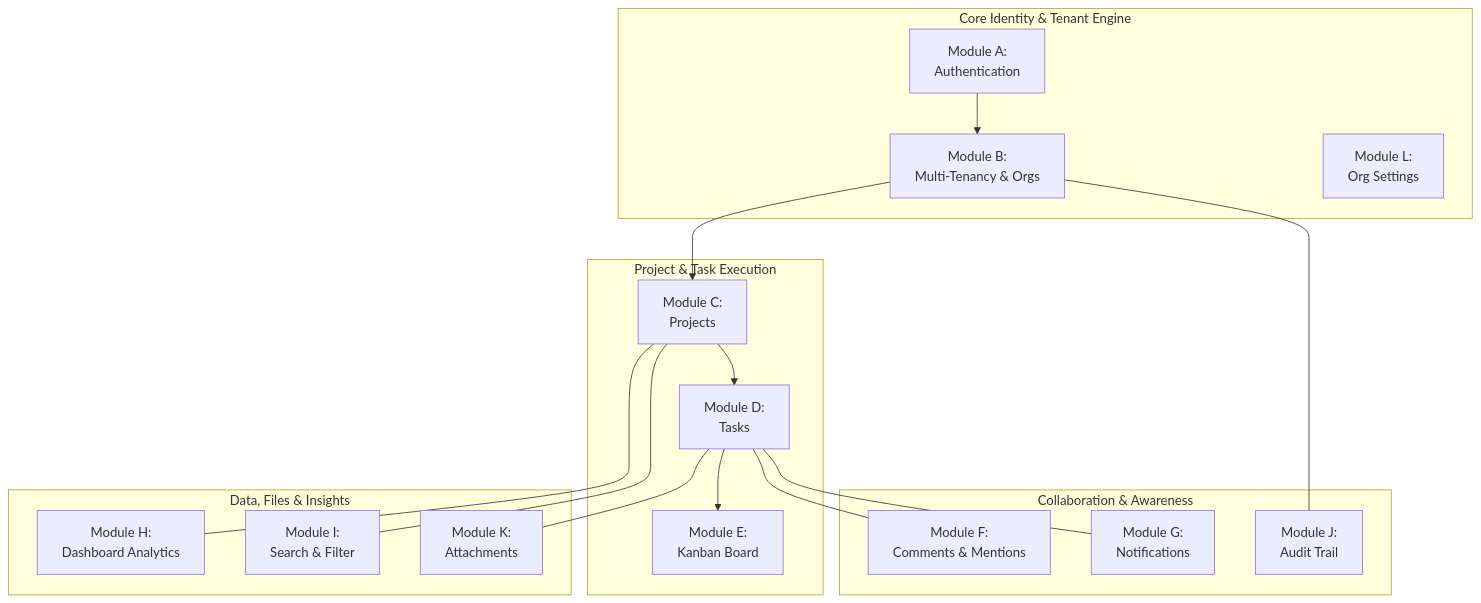
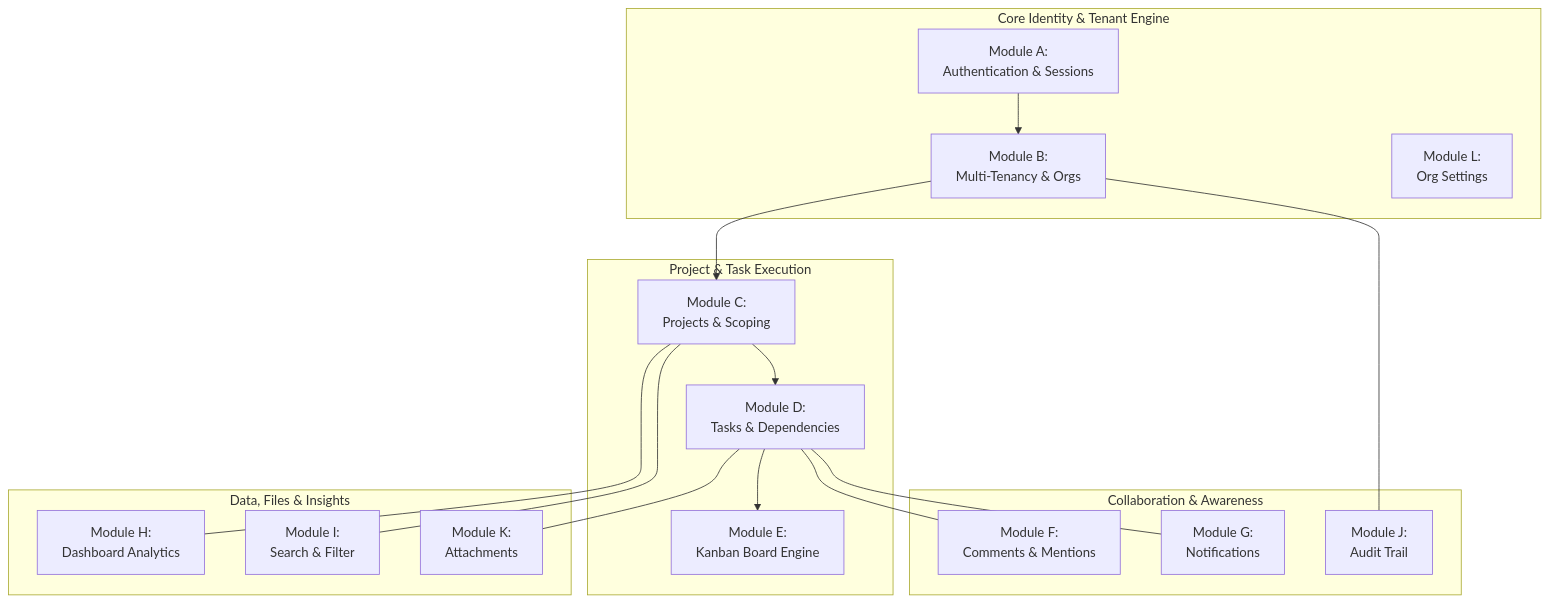
One commit to Y0oLK/teamflow changed the diagram in docs/00-project-overview/requirements.md. Above: the diagram before and after it, drawn with Mermaid. The commit also changed other lines of this file and 5 other files, not shown here.

````diff
--- a/docs/00-project-overview/requirements.md
+++ b/docs/00-project-overview/requirements.md
@@ -33,34 +35,34 @@
 ```mermaid
 flowchart TD
     subgraph CorePlatform ["Core Identity & Tenant Engine"]
-        MA["Module A:\nAuthentication"]
+        MA["Module A:\nAuthentication & Sessions"]
         MB["Module B:\nMulti-Tenancy & Orgs"]
         ML["Module L:\nOrg Settings"]
     end
 
     subgraph ProjectManagement ["Project & Task Execution"]
-        MC["Module C:\nProjects"]
-        MD["Module D:\nTasks"]
-        ME["Module E:\nKanban Board"]
+        MC["Module C:\nProjects & Scoping"]
+        MD["Module D:\nTasks & Dependencies"]
+        ME["Module E:\nKanban Board Engine"]
     end
 
     subgraph CollaborationServices ["Collaboration & Awareness"]
         MF["Module F:\nComments & Mentions"]
         MG["Module G:\nNotifications"]
         MJ["Module J:\nAudit Trail"]
     end
 
     subgraph DataServices ["Data, Files & Insights"]
         MH["Module H:\nDashboard Analytics"]
         MI["Module I:\nSearch & Filter"]
         MK["Module K:\nAttachments"]
     end
 
     MA --> MB --> MC --> MD --> ME
     MD --- MF
     MD --- MK
     MC --- MH
     MB --- MJ
     MD --- MG
     MC --- MI
 ```
````
